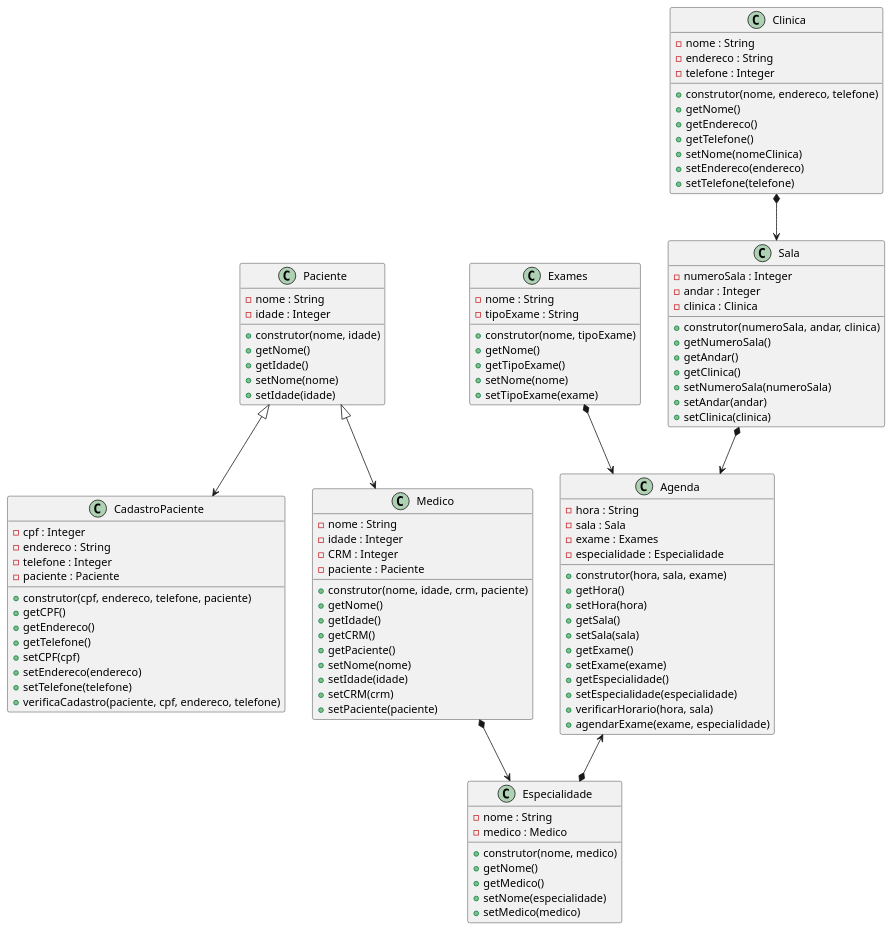
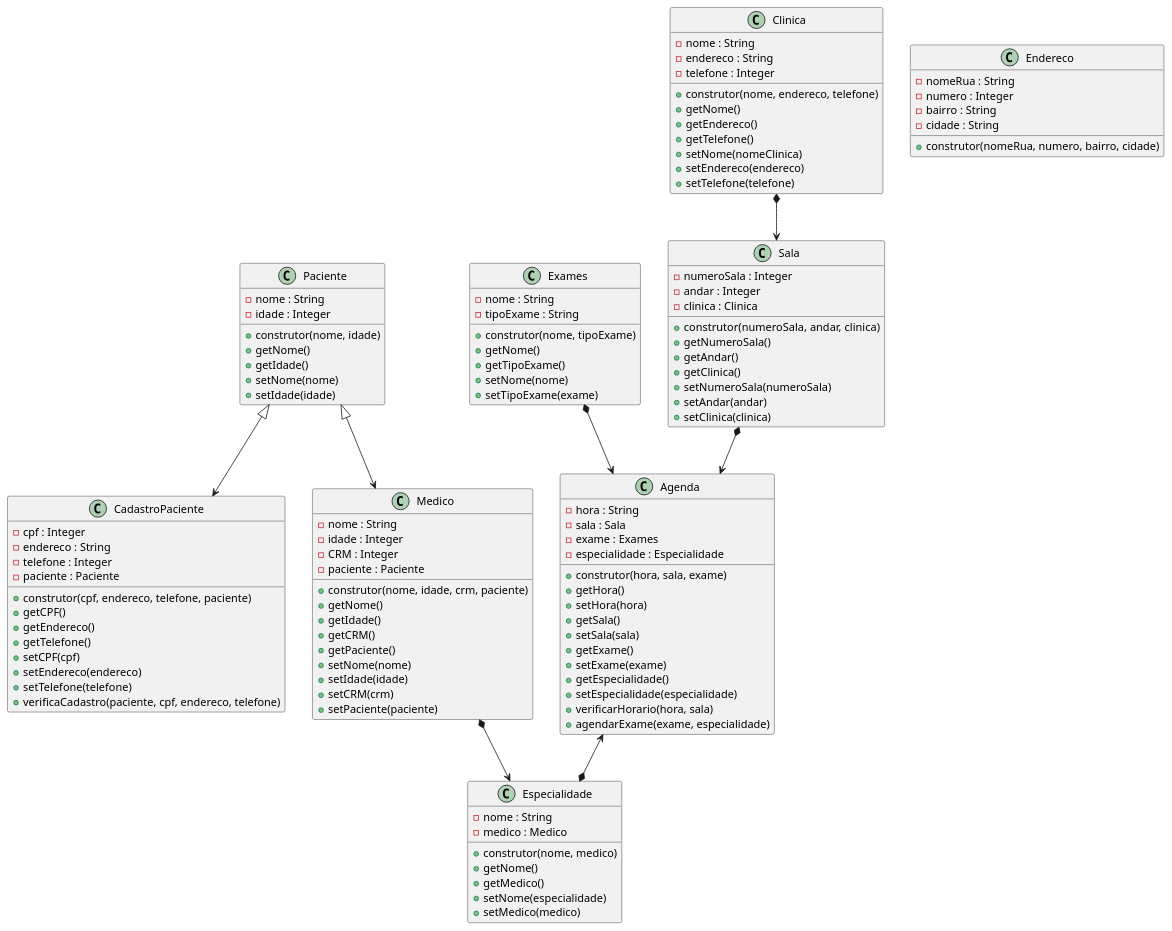
One commit to anleaes/2022-1-N2-POO-03 changed the diagram in diagrama.plantuml. Above: the diagram before and after it, drawn with PlantUML.

Commit message:
criado classe endereco com atributos: nomeRua, numero, bairro, cidade

```diff
--- a/diagrama.plantuml
+++ b/diagrama.plantuml
@@ -1,116 +1,124 @@
 @startuml Gerenciamento de Exames Medicos
 
     class Agenda{
         - hora : String
         - sala : Sala
         - exame : Exames
         - especialidade : Especialidade
         + construtor(hora, sala, exame)
         + getHora()
         + setHora(hora)
         + getSala()
         + setSala(sala)
         + getExame()
         + setExame(exame)
         + getEspecialidade()
         + setEspecialidade(especialidade)
         + verificarHorario(hora, sala)
         + agendarExame(exame, especialidade)
     }
 
     class Paciente{
         - nome : String
         - idade : Integer
         + construtor(nome, idade)
         + getNome()
         + getIdade()
         + setNome(nome)
         + setIdade(idade)
     }
 
     class CadastroPaciente{
         - cpf : Integer
         - endereco : String
         - telefone : Integer
         - paciente : Paciente
         + construtor(cpf, endereco, telefone, paciente)
         + getCPF()
         + getEndereco()
         + getTelefone()
         + setCPF(cpf)
         + setEndereco(endereco)
         + setTelefone(telefone)
         + verificaCadastro(paciente, cpf, endereco, telefone)
     }
 
     class Medico{
         - nome : String
         - idade : Integer
         - CRM : Integer
         - paciente : Paciente
         + construtor(nome, idade, crm, paciente)
         + getNome()
         + getIdade()
         + getCRM()
         + getPaciente()
         + setNome(nome)
         + setIdade(idade)
         + setCRM(crm)
         + setPaciente(paciente)
     }
 
     class Exames{
         - nome : String
         - tipoExame : String
         + construtor(nome, tipoExame)
         + getNome()
         + getTipoExame()
         + setNome(nome)
         + setTipoExame(exame)
     }
 
     class Especialidade{
         - nome : String
         - medico : Medico
         + construtor(nome, medico)
         + getNome()
         + getMedico()
         + setNome(especialidade)
         + setMedico(medico)
     }
 
     class Clinica{
         - nome : String
         - endereco : String
         - telefone : Integer
         + construtor(nome, endereco, telefone)
         + getNome()
         + getEndereco()
         + getTelefone()
         + setNome(nomeClinica)
         + setEndereco(endereco)
         + setTelefone(telefone)
     }
 
     class Sala{
         - numeroSala : Integer
         - andar : Integer
         - clinica : Clinica
         + construtor(numeroSala, andar, clinica)
         + getNumeroSala()
         + getAndar()
         + getClinica()
         + setNumeroSala(numeroSala)
         + setAndar(andar)
         + setClinica(clinica)
     }
 
+    class Endereco{
+        - nomeRua : String
+        - numero : Integer
+        - bairro : String
+        - cidade : String
+        + construtor(nomeRua, numero, bairro, cidade)
+    }
+
     Paciente <|--> CadastroPaciente
     Paciente <|--> Medico
     Medico *--> Especialidade
     Exames *--> Agenda
     Sala *--> Agenda
     Agenda <--* Especialidade
     Clinica *--> Sala
 
 @enduml
```
